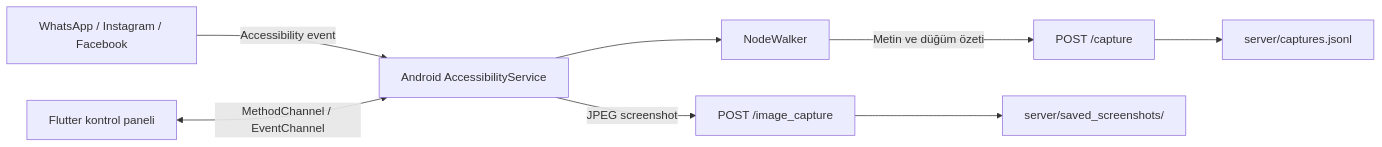
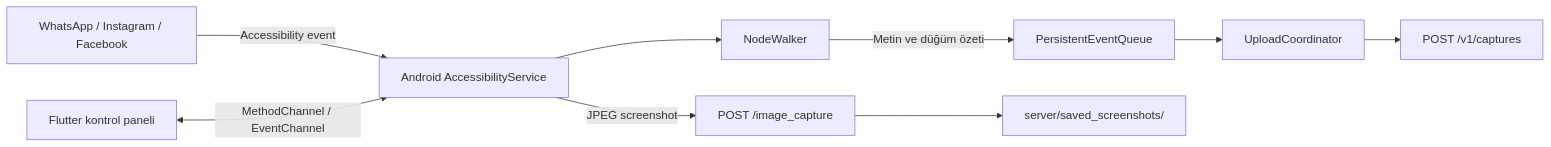
One commit to sinemadalan/digital_assistant changed the diagram in README.md. Above: the diagram before and after it, drawn with Mermaid. The commit also changed other lines of this file and 6 other files, not shown here.

Commit message:
Remove legacy local capture upload path.

````diff
--- a/README.md
+++ b/README.md
@@ -26,10 +26,11 @@
 ```mermaid
 flowchart LR
     A[WhatsApp / Instagram / Facebook] -->|Accessibility event| B[Android AccessibilityService]
     B --> C[NodeWalker]
-    C -->|Metin ve düğüm özeti| D[POST /capture]
+    C -->|Metin ve düğüm özeti| D[PersistentEventQueue]
+    D --> I[UploadCoordinator]
+    I --> J[POST /v1/captures]
     B -->|JPEG screenshot| E[POST /image_capture]
-    D --> F[server/captures.jsonl]
     E --> G[server/saved_screenshots/]
     H[Flutter kontrol paneli] <-->|MethodChannel / EventChannel| B
 ```
````
